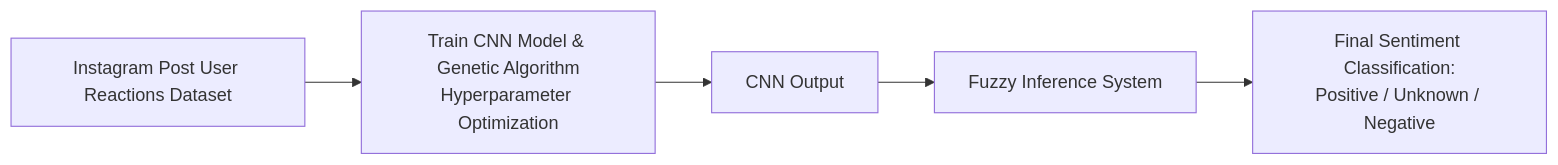
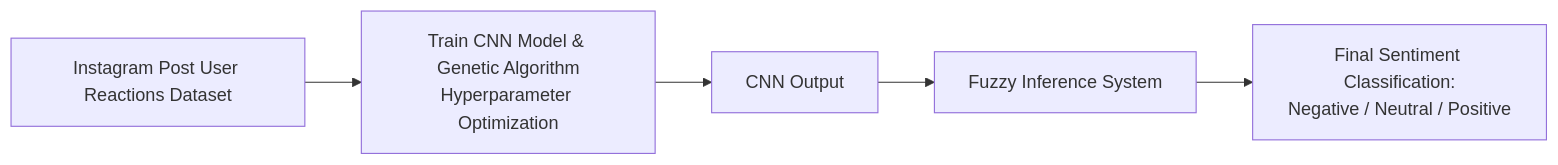
Before and after one commit to WILSON230024/soft-computing-final: the diagram in ai_train/README.md, drawn with Mermaid. The commit also changed other lines of this file and 1 other file, not shown here.

````diff
--- a/ai_train/README.md
+++ b/ai_train/README.md
@@ -9,7 +9,7 @@
 ```mermaid
 flowchart LR
     A[Instagram Post User Reactions Dataset] --> B[Train CNN Model & Genetic Algorithm<br/>Hyperparameter Optimization]
     B --> D[CNN Output]
     D --> E[Fuzzy Inference System]
-    E --> F[Final Sentiment Classification:<br/>Positive / Unknown / Negative]
+    E --> F[Final Sentiment Classification:<br/>Negative / Neutral / Positive]
 ```
````
